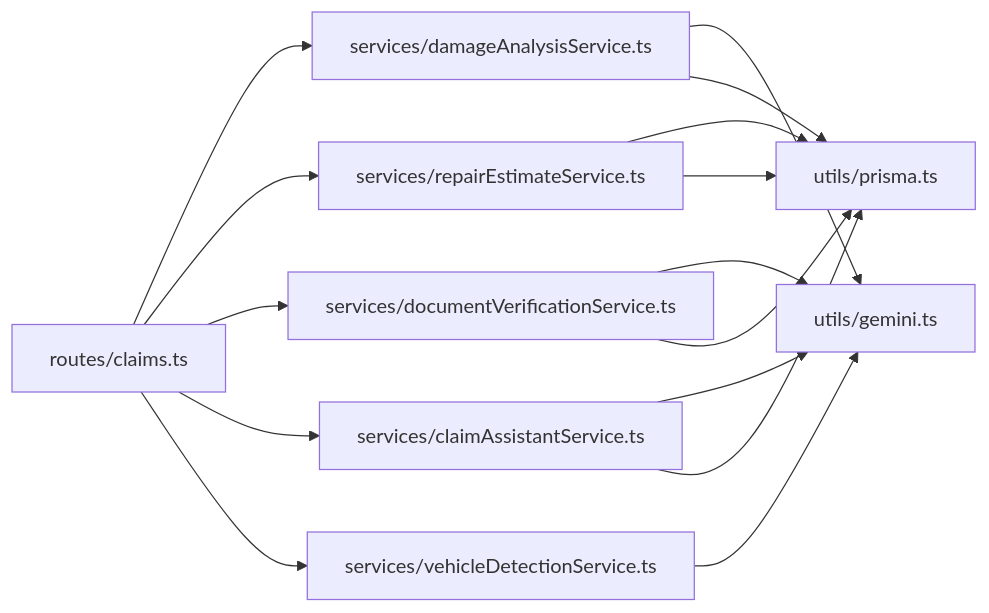
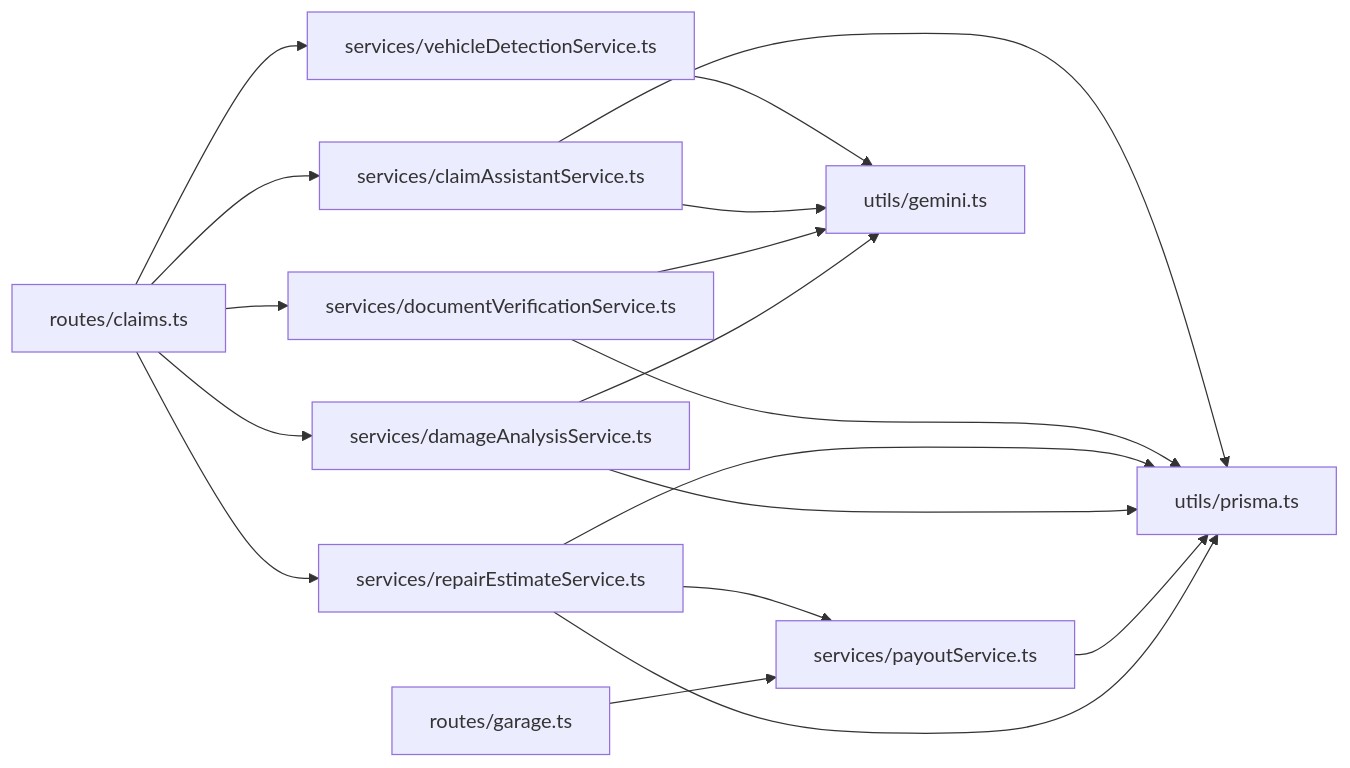
The ninth of 9 diagrams in .qoder/repowiki/en/content/Backend Documentation/Business Logic & Services/Business Logic & Services.md (NaveenHiranya/Smart-Vehicle-Insurance-Claim-System), drawn with Mermaid before and after one commit. The commit also changed other lines of this file and 38 other files, not shown here.

````diff
--- a/.qoder/repowiki/en/content/Backend Documentation/Business Logic & Services/Business Logic & Services.md
+++ b/.qoder/repowiki/en/content/Backend Documentation/Business Logic & Services/Business Logic & Services.md
@@ -337,17 +415,20 @@
 ```mermaid
 graph LR
 Routes["routes/claims.ts"] --> S1["services/damageAnalysisService.ts"]
 Routes --> S2["services/repairEstimateService.ts"]
 Routes --> S3["services/documentVerificationService.ts"]
 Routes --> S4["services/claimAssistantService.ts"]
 Routes --> S5["services/vehicleDetectionService.ts"]
+GarageRoutes["routes/garage.ts"] --> S6["services/payoutService.ts"]
 S1 --> U1["utils/gemini.ts"]
 S2 --> U2["utils/prisma.ts"]
+S2 --> S6
 S3 --> U1
 S4 --> U1
 S5 --> U1
+S6 --> U2
 S1 --> U2
 S2 --> U2
 S3 --> U2
 S4 --> U2
 ```
````
